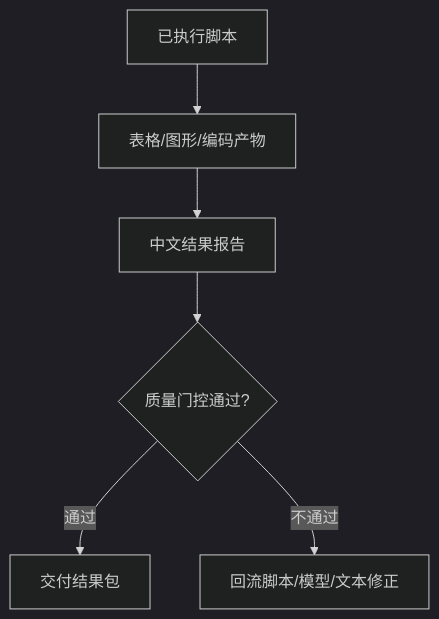
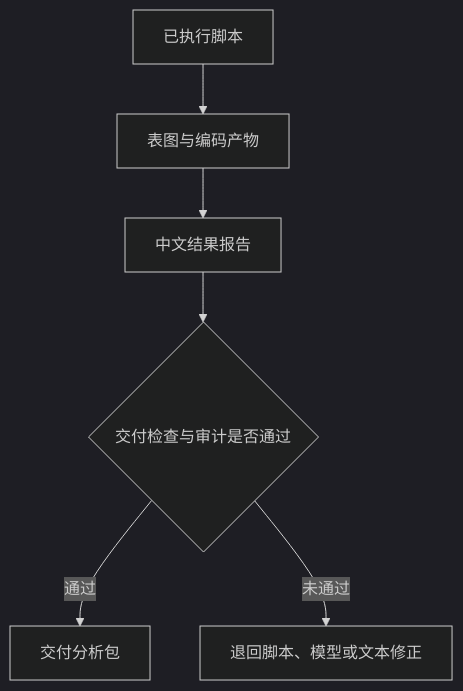
One commit to JingYangYuan/paper-analysis-4ss changed the diagram in phases/06-export-and-quality-gates.md. Above: the diagram before and after it, drawn with Mermaid (dark theme). The commit also changed other lines of this file and 23628 other files, not shown here.

````diff
--- a/phases/06-export-and-quality-gates.md
+++ b/phases/06-export-and-quality-gates.md
@@ -5,8 +5,8 @@
 ```mermaid
 flowchart TD
-  A[已执行脚本] --> B[表格/图形/编码产物]
+  A[已执行脚本] --> B[表图与编码产物]
   B --> C[中文结果报告]
-  C --> D{质量门控通过?}
-  D -->|通过| E[交付结果包]
-  D -->|不通过| F[回流脚本/模型/文本修正]
+  C --> D{交付检查与审计是否通过}
+  D -->|通过| E[交付分析包]
+  D -->|未通过| F[退回脚本、模型或文本修正]
 ```
````
